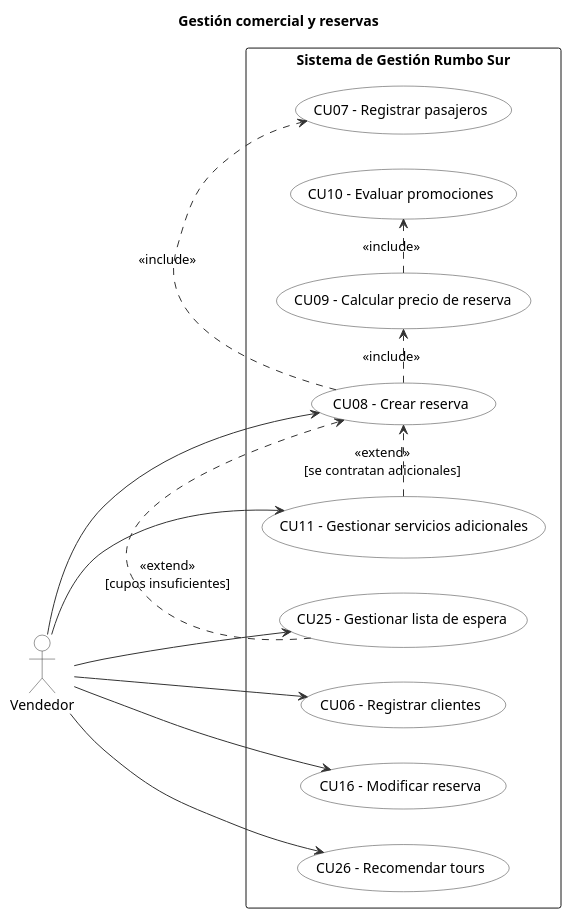
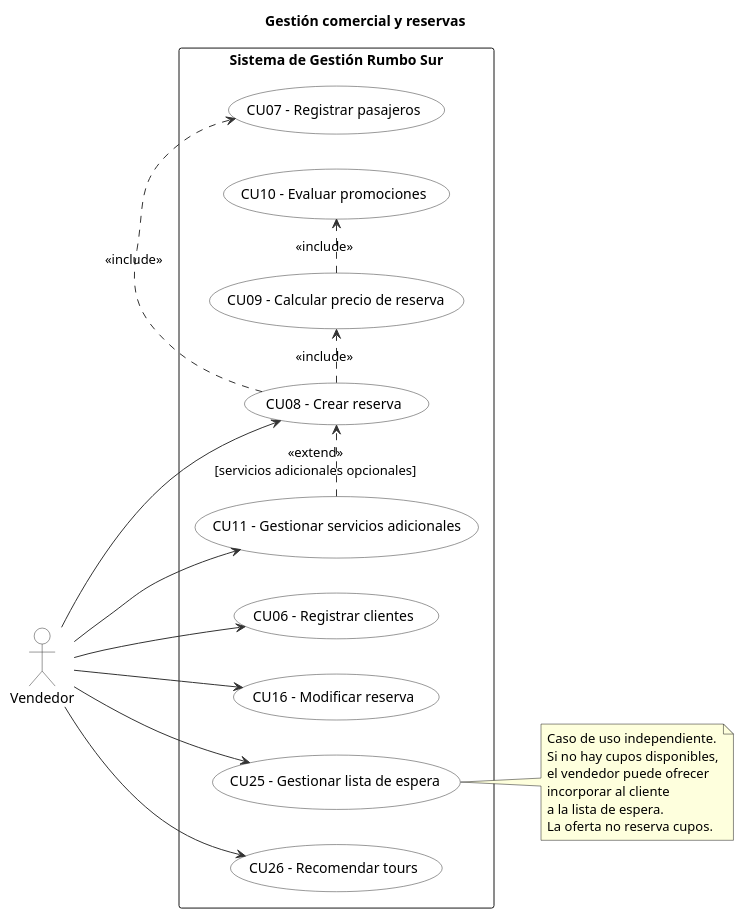
The diagram in docs/uml/casos-uso-reservas.puml (CarlosDanielOK/Avion), drawn with PlantUML before and after one commit. The commit also changed other lines of this file, not shown here.

Commit message:
fix: alinear diagrama de reservas con casos de uso
Added a note for the use case of managing the waiting list and updated the extension description for optional additional services.

```diff
--- a/docs/uml/casos-uso-reservas.puml
+++ b/docs/uml/casos-uso-reservas.puml
@@ -1,38 +2,54 @@
 @startuml casos-uso-reservas
 title Gestión comercial y reservas
+
 skinparam shadowing false
 skinparam backgroundColor White
 skinparam usecase {
   BackgroundColor White
   BorderColor #333333
   ArrowColor #333333
 }
 skinparam actor {
   BackgroundColor White
   BorderColor #333333
 }
+
 left to right direction
+
 actor "Vendedor" as VEN
+
 rectangle "Sistema de Gestión Rumbo Sur" {
   usecase "CU06 - Registrar clientes" as CU06
   usecase "CU08 - Crear reserva" as CU08
   usecase "CU07 - Registrar pasajeros" as CU07
   usecase "CU09 - Calcular precio de reserva" as CU09
   usecase "CU10 - Evaluar promociones" as CU10
   usecase "CU11 - Gestionar servicios adicionales" as CU11
   usecase "CU16 - Modificar reserva" as CU16
   usecase "CU25 - Gestionar lista de espera" as CU25
   usecase "CU26 - Recomendar tours" as CU26
 }
+
 VEN --> CU06
 VEN --> CU08
 VEN --> CU11
 VEN --> CU16
 VEN --> CU25
 VEN --> CU26
+
 CU08 .> CU07 : <<include>>
 CU08 .> CU09 : <<include>>
 CU09 .> CU10 : <<include>>
-CU11 .> CU08 : <<extend>>\n[se contratan adicionales]
-CU25 .> CU08 : <<extend>>\n[cupos insuficientes]
+
+CU11 .> CU08 : <<extend>>\n[servicios adicionales opcionales]
+
+note right of CU25
+  Caso de uso independiente.
+  Si no hay cupos disponibles,
+  el vendedor puede ofrecer
+  incorporar al cliente
+  a la lista de espera.
+  La oferta no reserva cupos.
+end note
+
 @enduml
```
